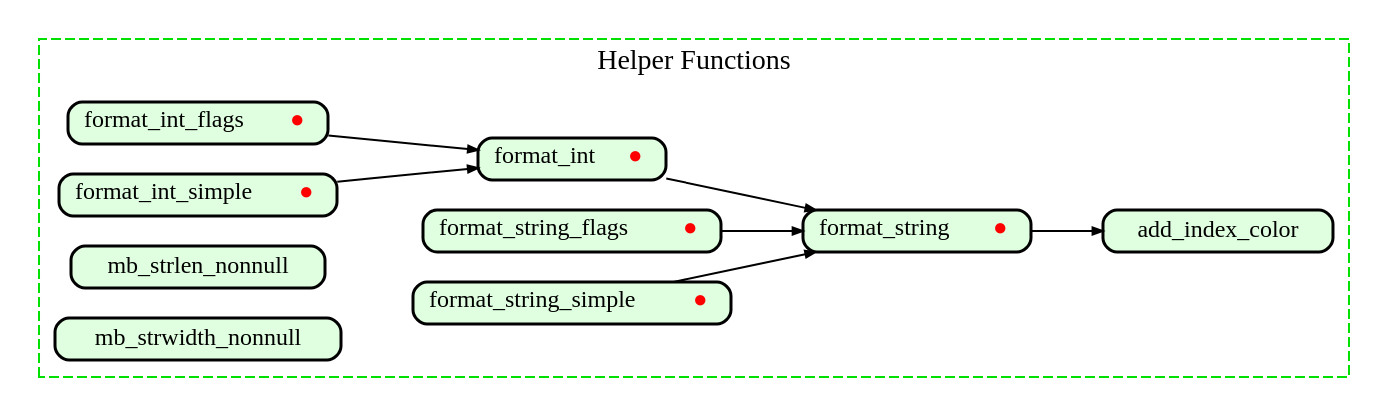
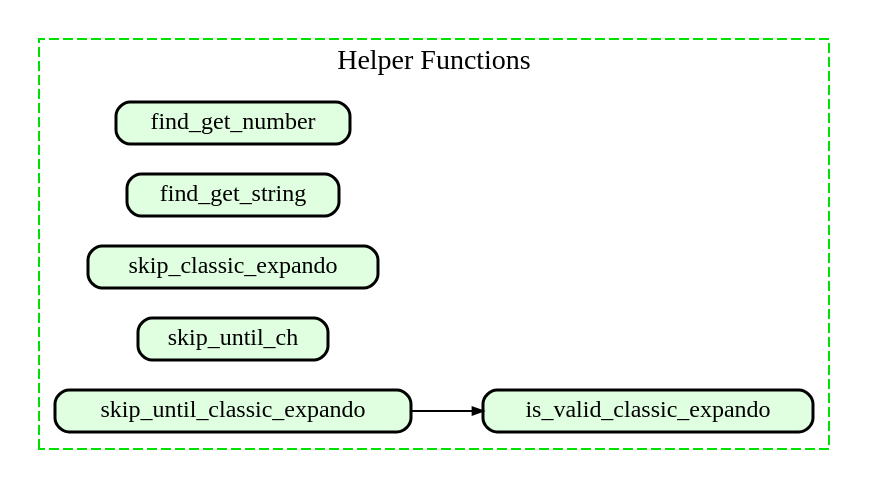
One commit to neomutt/test-gfx changed the diagram in 2024-01-25_expando/expando-helpers.gv. Above: the diagram before and after it, drawn with Graphviz. The commit also changed 9 other files, not shown here.

```diff
--- a/2024-01-25_expando/expando-helpers.gv
+++ b/2024-01-25_expando/expando-helpers.gv
@@ -1,49 +1,39 @@
 digraph callgraph {
 	graph [
 		rankdir="LR"
 		nodesep="0.2"
 		ranksep="0.5"
 		compound="true"
 	]
 
 	node [
 		shape="Mrecord"
 		fontsize="12"
 		fillcolor="#ffffff"
 		style="filled"
 		height="0.2"
 		penwidth="1.5"
 		color="black"
 	]
 
 	edge [
 		penwidth="1.0"
 		arrowsize="0.5"
 	]
 
 	subgraph cluster_helpers
 	{
 		fontcolor="black"
 		color="#00e000"
 		fillcolor="white"
 		style="dashed"
 		label="Helper Functions"
 
 		node [ fillcolor="#e0ffe0" ]
-		format_int           [ label=<format_int <font color="red">●</font>> ]
-		format_int_flags     [ label=<format_int_flags <font color="red">●</font>> ]
-		format_int_simple    [ label=<format_int_simple <font color="red">●</font>> ]
-		format_string        [ label=<format_string <font color="red">●</font>> ]
-		format_string_flags  [ label=<format_string_flags <font color="red">●</font>> ]
-		format_string_simple [ label=<format_string_simple <font color="red">●</font>> ]
-
-		format_int           -> format_string
-		format_int_flags     -> format_int
-		format_int_simple    -> format_int
-		format_string        -> add_index_color
-		format_string_flags  -> format_string
-		format_string_simple -> format_string
-		mb_strlen_nonnull
-		mb_strwidth_nonnull
+		find_get_number
+		find_get_string
+		skip_classic_expando
+		skip_until_ch
+		skip_until_classic_expando -> is_valid_classic_expando
 	}
 }
```
